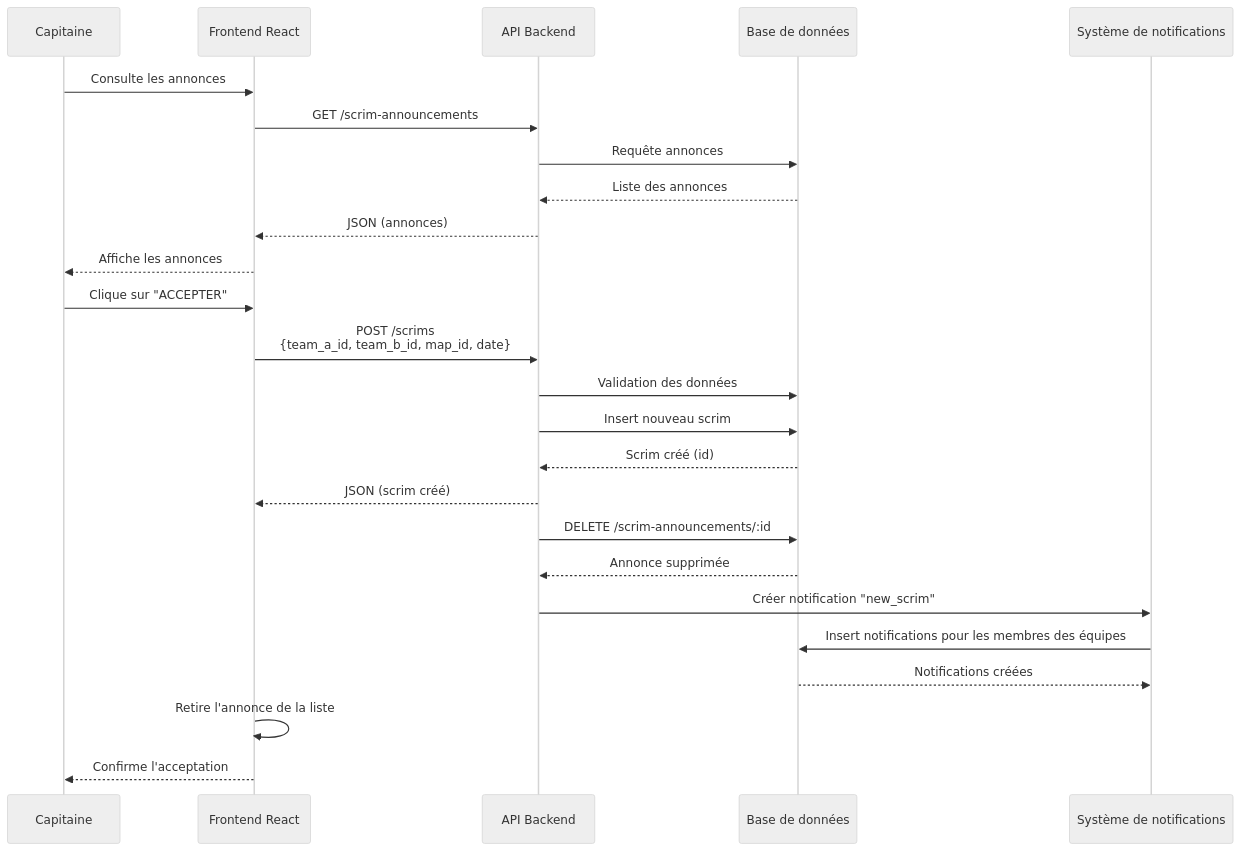
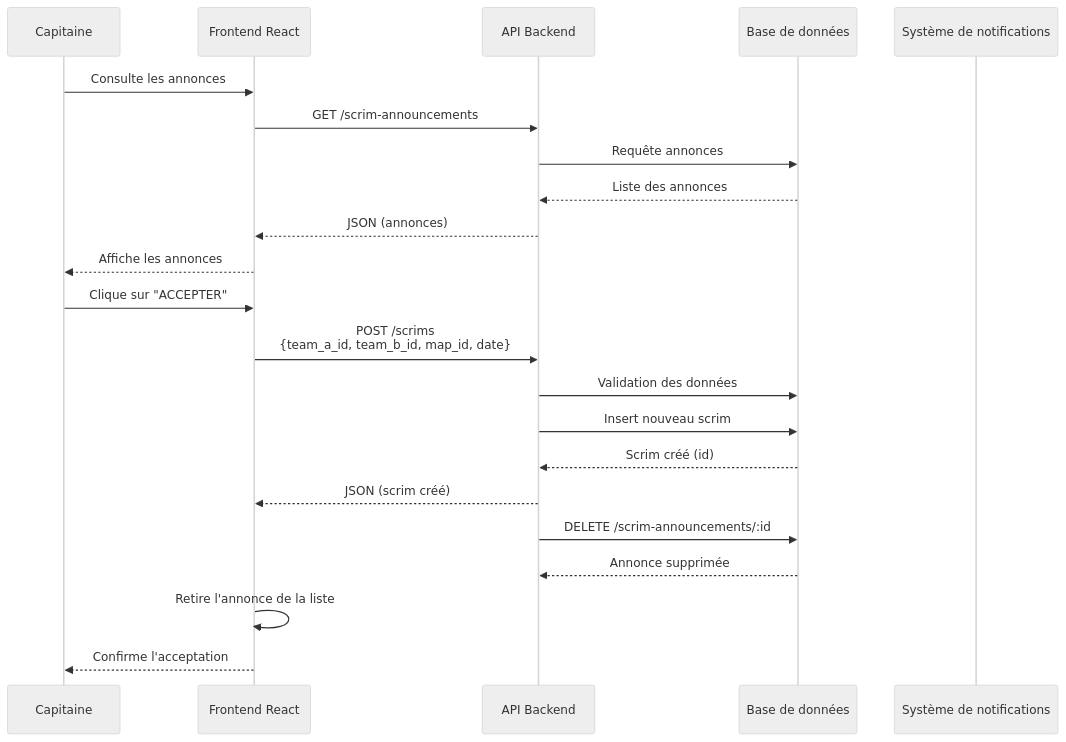
One commit to kenant68/Find-It changed the diagram in apps/documentation/sequences/scrim-accept.mmd. Above: the diagram before and after it, drawn with Mermaid (neutral theme). The commit also changed 1 other file, not shown here.

Commit message:
correctif doc notif

```diff
--- a/apps/documentation/sequences/scrim-accept.mmd
+++ b/apps/documentation/sequences/scrim-accept.mmd
@@ -1,30 +1,28 @@
 sequenceDiagram
     participant Captain as Capitaine
     participant Frontend as Frontend React
     participant API as API Backend
     participant DB as Base de données
     participant Notif as Système de notifications
 
     Captain->>Frontend: Consulte les annonces
     Frontend->>API: GET /scrim-announcements
     API->>DB: Requête annonces
     DB-->>API: Liste des annonces
     API-->>Frontend: JSON (annonces)
     Frontend-->>Captain: Affiche les annonces
     
     Captain->>Frontend: Clique sur "ACCEPTER"
     Frontend->>API: POST /scrims<br/>{team_a_id, team_b_id, map_id, date}
     API->>DB: Validation des données
     API->>DB: Insert nouveau scrim
     DB-->>API: Scrim créé (id)
     API-->>Frontend: JSON (scrim créé)
     
     API->>DB: DELETE /scrim-announcements/:id
     DB-->>API: Annonce supprimée
     
-    API->>Notif: Créer notification "new_scrim"
-    Notif->>DB: Insert notifications pour les membres des équipes
-    DB-->>Notif: Notifications créées
+
     
     Frontend->>Frontend: Retire l'annonce de la liste
     Frontend-->>Captain: Confirme l'acceptation
```
